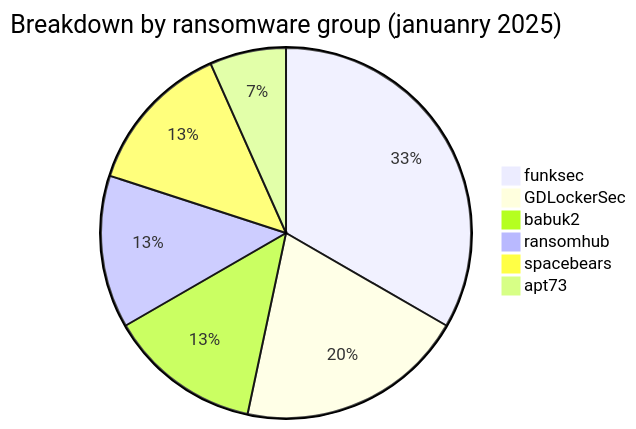
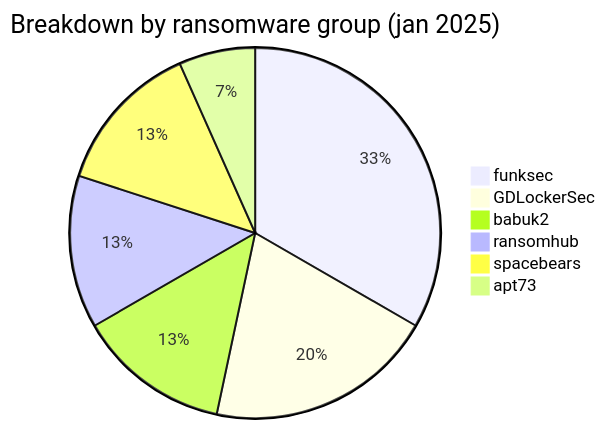
Before and after one commit to Hatchepsoute/AFRINTEL: the first of 5 diagrams in reports/2025/01-january/README.md, drawn with Mermaid. The commit also changed 1 other file, not shown here.

Commit message:
Rapport CTI : Cyberattaques en Afrique

````diff
--- a/reports/2025/01-january/README.md
+++ b/reports/2025/01-january/README.md
@@ -30,9 +30,9 @@
 ```mermaid
-pie title Breakdown by ransomware group (januanry 2025)
+pie title Breakdown by ransomware group (jan 2025)
     "funksec" : 5
     "GDLockerSec" : 3
     "babuk2" : 2
     "ransomhub" : 2
     "spacebears" : 2
     "apt73" : 1
 ```
````
